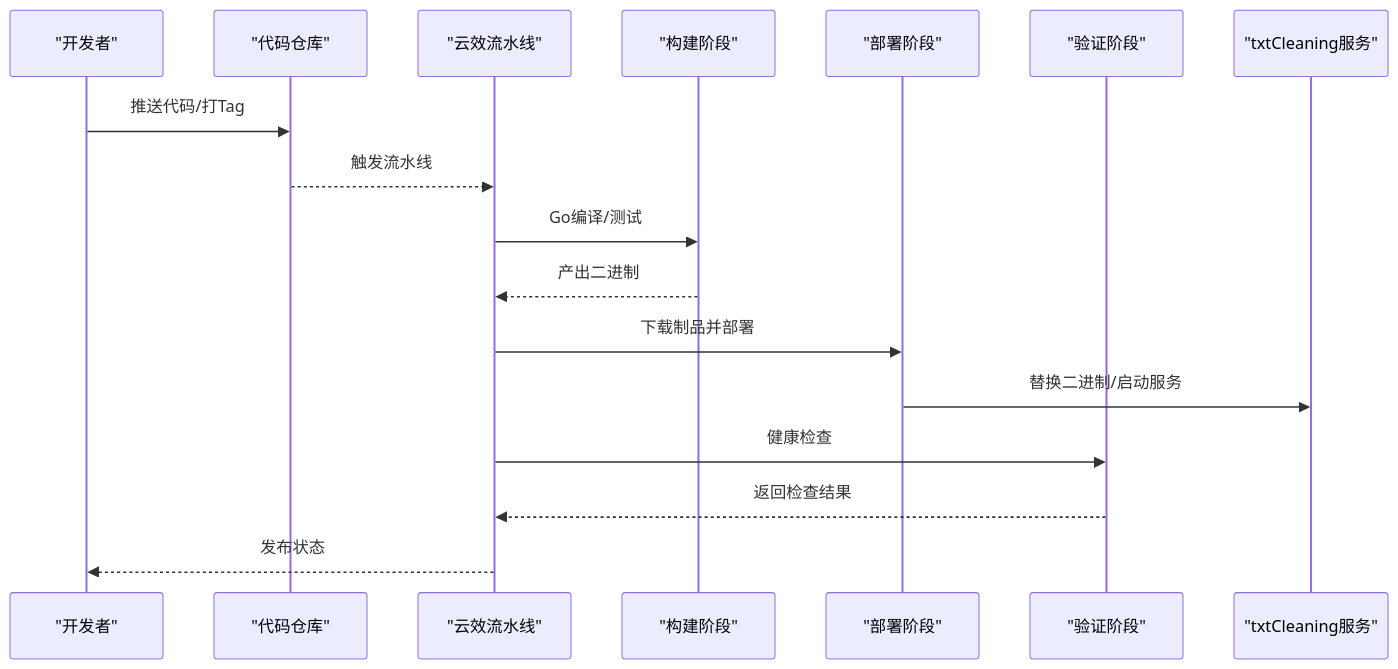
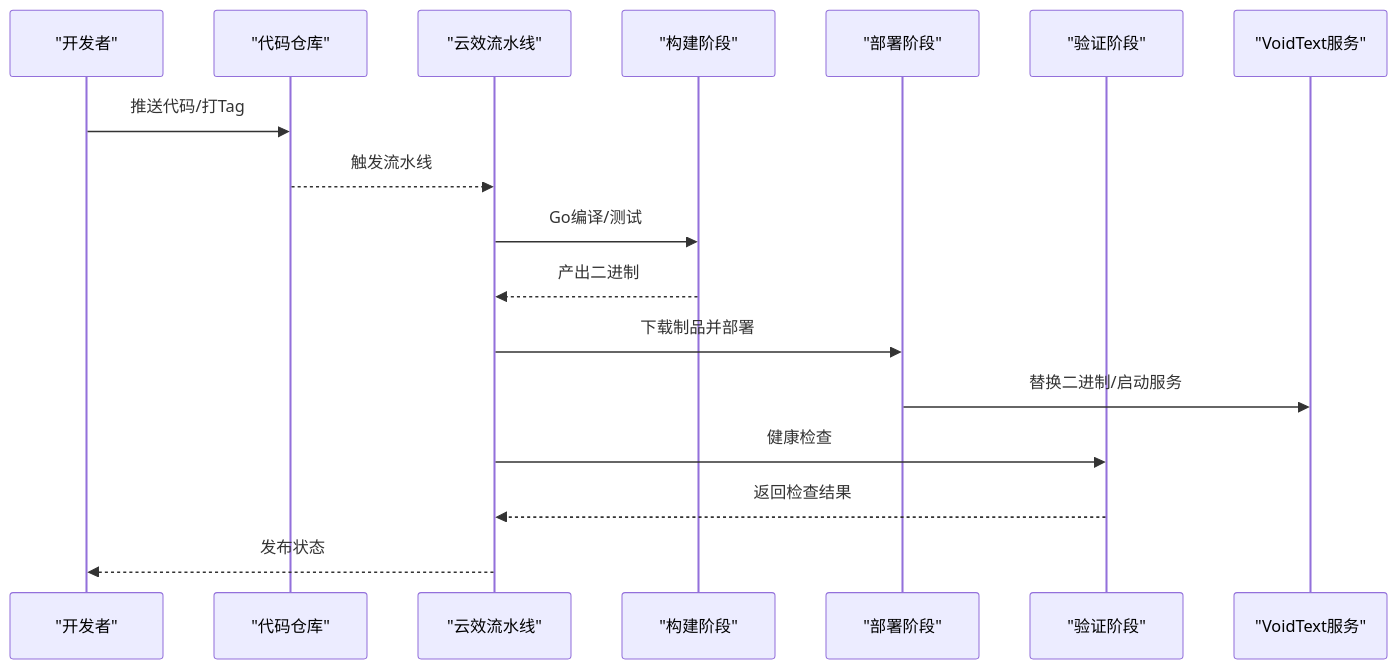
The second of 5 diagrams in repowikis/部署和运维/自动化部署.md (handy-h/VoidText), drawn with Mermaid before and after one commit. The commit also changed other lines of this file and 101 other files, not shown here.

````diff
--- a/repowikis/部署和运维/自动化部署.md
+++ b/repowikis/部署和运维/自动化部署.md
@@ -116,19 +116,19 @@
 ```mermaid
 sequenceDiagram
 participant Dev as "开发者"
 participant Repo as "代码仓库"
 participant CI as "云效流水线"
 participant Build as "构建阶段"
 participant Deploy as "部署阶段"
 participant Verify as "验证阶段"
-participant Svc as "txtCleaning服务"
+participant Svc as "VoidText服务"
 Dev->>Repo : 推送代码/打Tag
 Repo-->>CI : 触发流水线
 CI->>Build : Go编译/测试
 Build-->>CI : 产出二进制
 CI->>Deploy : 下载制品并部署
 Deploy->>Svc : 替换二进制/启动服务
 CI->>Verify : 健康检查
 Verify-->>CI : 返回检查结果
 CI-->>Dev : 发布状态
 ```
````
